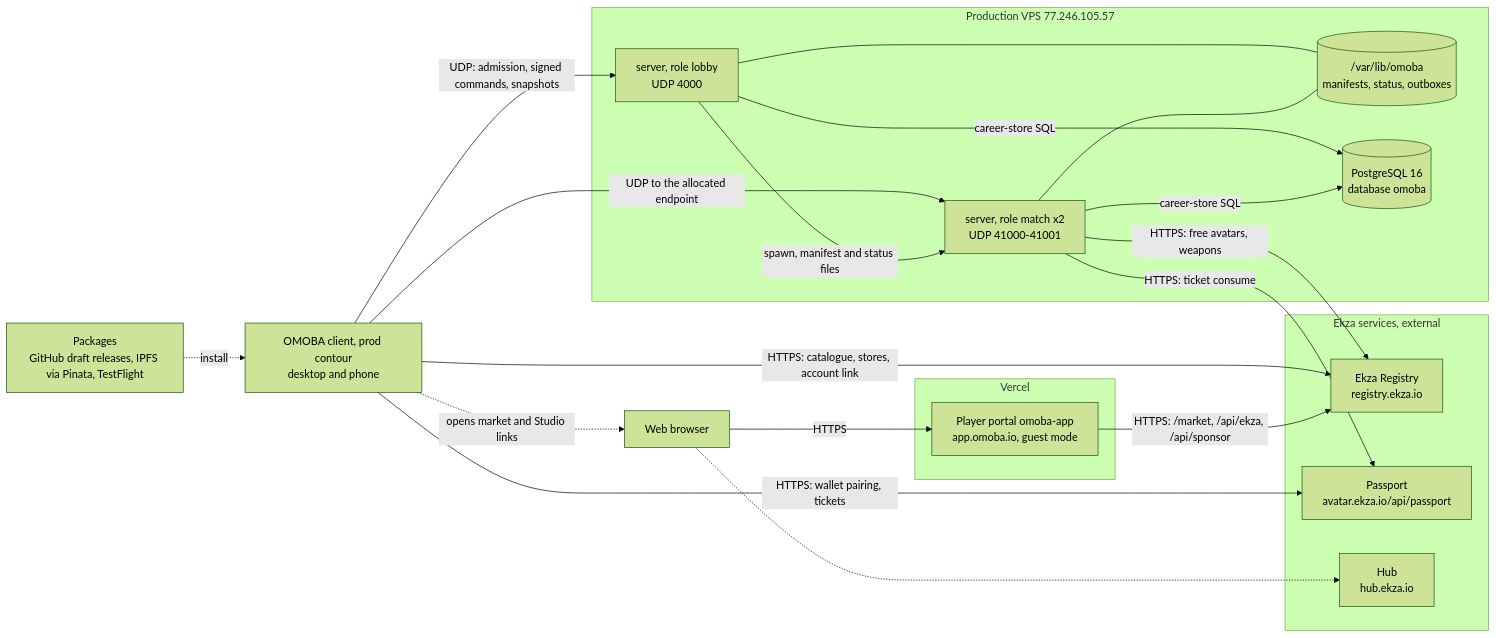
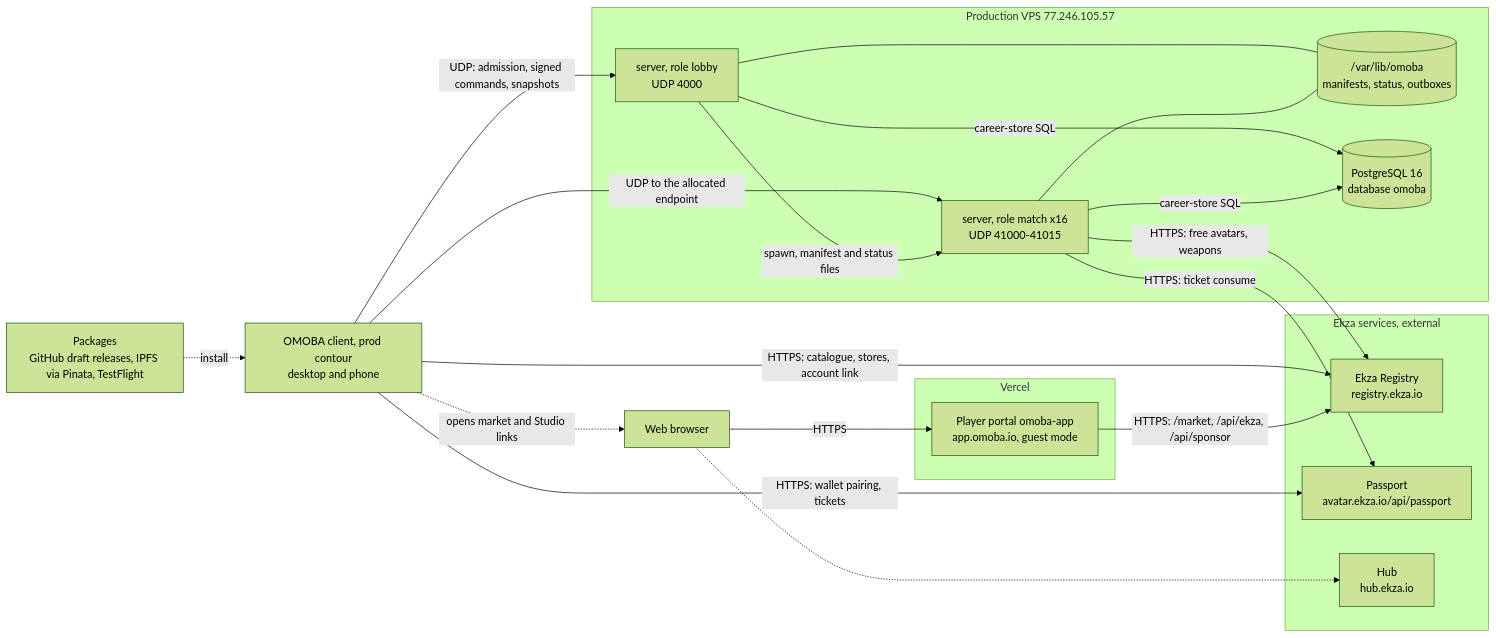
The first of 2 diagrams in docs/architecture/system.md (o-moba/omoba-bevy), drawn with Mermaid (forest theme) before and after one commit. The commit also changed other lines of this file and 68 other files, not shown here.

````diff
--- a/docs/architecture/system.md
+++ b/docs/architecture/system.md
@@ -207,37 +207,37 @@
 ```mermaid
 flowchart LR
   client["OMOBA client, prod contour<br/>desktop and phone"]
   browser["Web browser"]
   subgraph vps["Production VPS 77.246.105.57"]
     lobby["server, role lobby<br/>UDP 4000"]
-    workers["server, role match x2<br/>UDP 41000-41001"]
+    workers["server, role match x16<br/>UDP 41000-41015"]
     files[("/var/lib/omoba<br/>manifests, status, outboxes")]
     pg[("PostgreSQL 16<br/>database omoba")]
   end
   subgraph vercel["Vercel"]
     portal["Player portal omoba-app<br/>app.omoba.io, guest mode"]
   end
   subgraph ekza["Ekza services, external"]
     reg["Ekza Registry<br/>registry.ekza.io"]
     pass["Passport<br/>avatar.ekza.io/api/passport"]
     studio["Hub<br/>hub.ekza.io"]
   end
   dist["Packages<br/>GitHub draft releases, IPFS via Pinata, TestFlight"]
 
   client -->|"UDP: admission, signed commands, snapshots"| lobby
   client -->|"UDP to the allocated endpoint"| workers
   lobby -->|"spawn, manifest and status files"| workers
   lobby --- files
   workers --- files
   lobby -->|"career-store SQL"| pg
   workers -->|"career-store SQL"| pg
   workers -->|"HTTPS: free avatars, weapons"| reg
   workers -->|"HTTPS: ticket consume"| pass
   client -->|"HTTPS: catalogue, stores, account link"| reg
   client -->|"HTTPS: wallet pairing, tickets"| pass
   client -.->|"opens market and Studio links"| browser
   browser -->|"HTTPS"| portal
   portal -->|"HTTPS: /market, /api/ekza, /api/sponsor"| reg
   browser -.-> studio
   dist -.->|"install"| client
 ```
````
